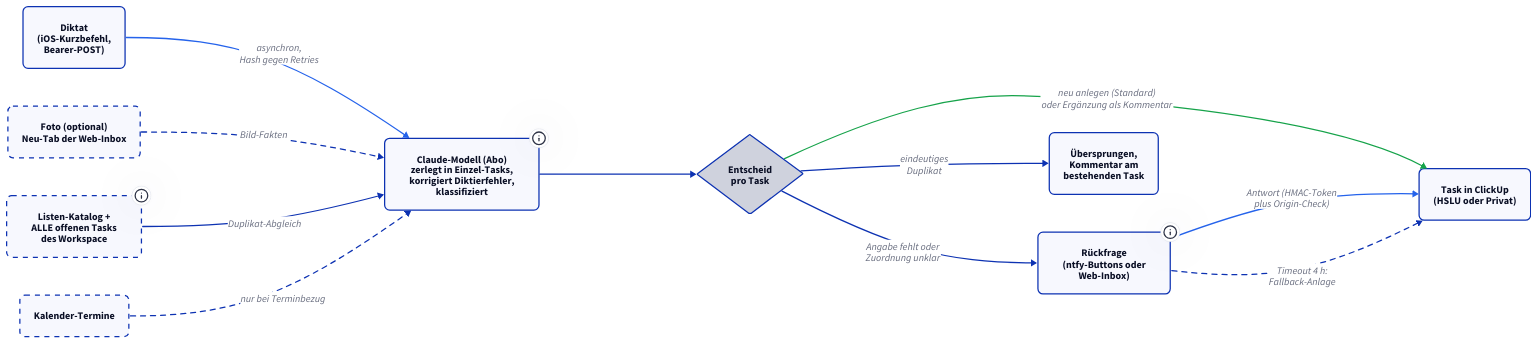
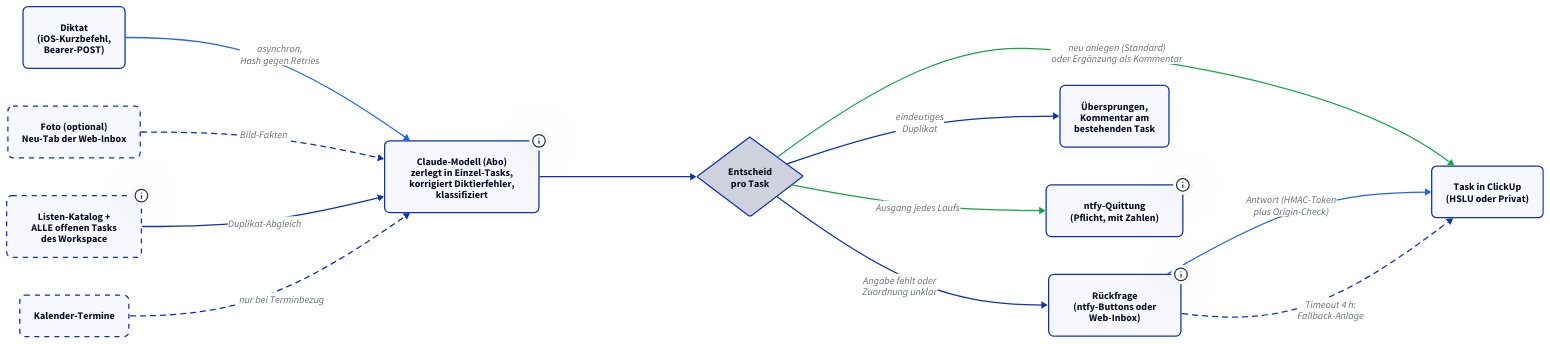
One commit to derever-labs/homelab-wiki changed the third of 3 diagrams in docs/dienste/todo-ingest/betrieb.md. Above: the diagram before and after it, drawn with D2. The commit also changed other lines of this file and 1 other file, not shown here.

````diff
--- a/docs/dienste/todo-ingest/betrieb.md
+++ b/docs/dienste/todo-ingest/betrieb.md
@@ -121,50 +122,55 @@
 ```d2
 classes: {
   node: { style: { border-radius: 8 } }
   kontext: {
     style: {
       border-radius: 8
       stroke-dash: 4
     }
   }
 }
 
 direction: right
 
 Diktat: "Diktat\n(iOS-Kurzbefehl,\nBearer-POST)" { class: node }
 Foto: "Foto (optional)\nNeu-Tab der Web-Inbox" { class: kontext }
 Kontext: "Listen-Katalog +\nALLE offenen Tasks\ndes Workspace" {
   class: kontext
   tooltip: "Zur Laufzeit entdeckter Listen-Katalog des Workspace (ohne ausgeschlossene Listen) plus alle offenen Tasks, als reine Daten. Basis für List-Routing, Duplikat- und Verknüpfungs-Erkennung"
 }
 Kalender: "Kalender-Termine" { class: kontext }
 
 Modell: "Claude-Modell (Abo)\nzerlegt in Einzel-Tasks,\nkorrigiert Diktierfehler,\nklassifiziert" {
   class: node
   tooltip: "Pro Task Workspace, Titel, Beschreibung und Fälligkeit, dazu immer eine geschätzte Priorität, optional Startdatum, Aufwand, Zuweisung, Checkliste und Verknüpfungen"
 }
 
 Entscheid: "Entscheid\npro Task" {
   class: node
   shape: diamond
 }
 
 Frage: "Rückfrage\n(ntfy-Buttons oder\nWeb-Inbox)" {
   class: node
-  tooltip: "Blockierend wartet die Anlage (Timeout 4 h, dann Fallback-Anlage mit Hinweis), nicht-blockierend ist der Task sofort da und die Antwort reichert an (7 Tage)"
+  tooltip: "Blockierend wartet die Anlage (Timeout 4 h, dann Fallback-Anlage mit Hinweis), nicht-blockierend ist der Task sofort da und die Antwort reichert an (7 Tage). Fehlt nur die Fälligkeit, stellt der Server die Frage von sich aus"
 }
 
 ClickUp: "Task in ClickUp\n(HSLU oder Privat)" { class: node }
 Duplikat: "Übersprungen,\nKommentar am\nbestehenden Task" { class: node }
+Quittung: "ntfy-Quittung\n(Pflicht, mit Zahlen)" {
+  class: node
+  tooltip: "Genau eine pro Lauf: erkannte Anliegen, angelegte Aufgaben, Ergänztes, Übersprungenes, Offenes und Nichtausgeführtes. Ohne Ergebnis eine Warnung statt eines stillen Erledigt"
+}
 
 Diktat -> Modell: "asynchron,\nHash gegen Retries" { style.stroke: "#2563eb" }
 Foto -> Modell: "Bild-Fakten" { style.stroke-dash: 4 }
 Kontext -> Modell: "Duplikat-Abgleich"
 Kalender -> Modell: "nur bei Terminbezug" { style.stroke-dash: 4 }
 Modell -> Entscheid
 Entscheid -> ClickUp: "neu anlegen (Standard)\noder Ergänzung als Kommentar" { style.stroke: "#16a34a" }
 Entscheid -> Duplikat: "eindeutiges\nDuplikat"
 Entscheid -> Frage: "Angabe fehlt oder\nZuordnung unklar"
 Frage -> ClickUp: "Antwort (HMAC-Token\nplus Origin-Check)" { style.stroke: "#2563eb" }
 Frage -> ClickUp: "Timeout 4 h:\nFallback-Anlage" { style.stroke-dash: 4 }
+Entscheid -> Quittung: "Ausgang jedes Laufs" { style.stroke: "#16a34a" }
 ```
````
